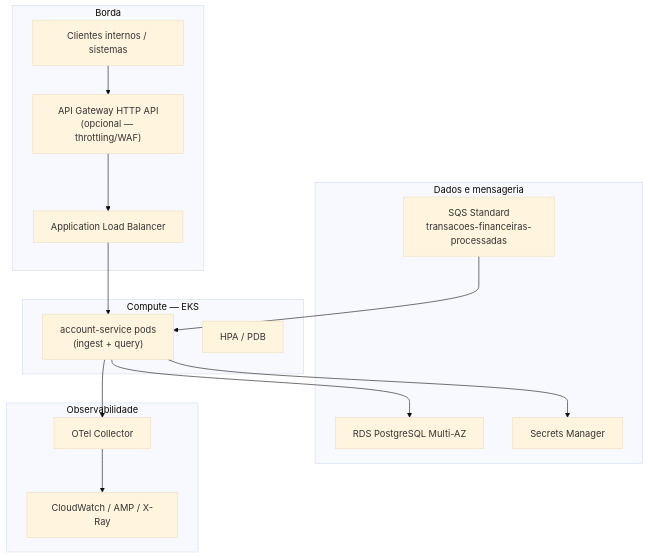
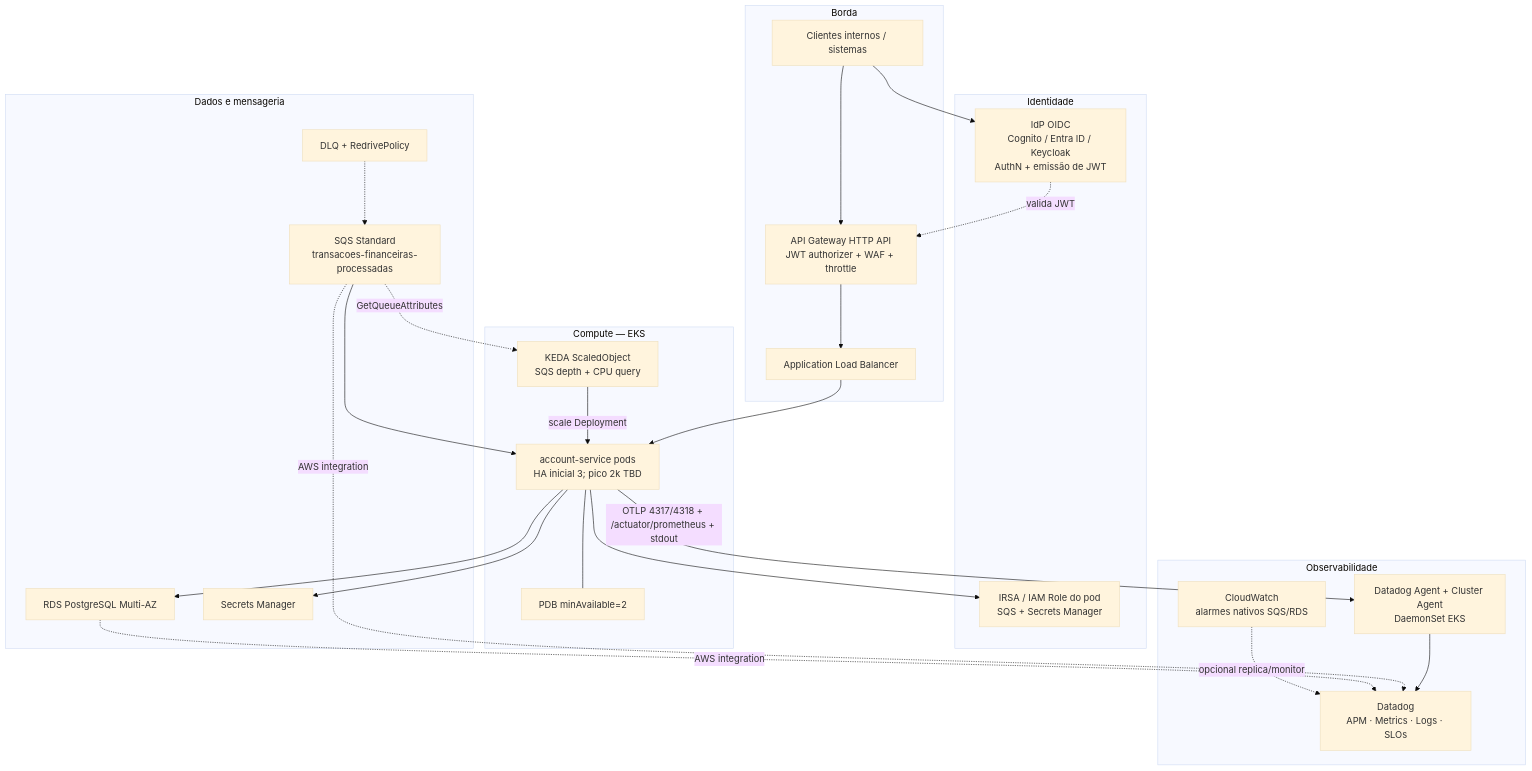
The first of 4 diagrams in docs/arquitetura-aws-e-pipeline.md (lordssa/banking-account-balance-service), drawn with Mermaid (base theme) before and after one commit. The commit also changed other lines of this file and 85 other files, not shown here.

````diff
--- a/docs/arquitetura-aws-e-pipeline.md
+++ b/docs/arquitetura-aws-e-pipeline.md
@@ -20,30 +21,50 @@
 ```mermaid
 flowchart TB
+  subgraph Identity["Identidade"]
+    IdP["IdP OIDC<br/>Cognito / Entra ID / Keycloak<br/>AuthN + emissão de JWT"]
+    IRSA["IRSA / IAM Role do pod<br/>SQS + Secrets Manager"]
+  end
+
   subgraph Edge["Borda"]
     Clients["Clientes internos / sistemas"]
-    APIGW["API Gateway HTTP API<br/>(opcional — throttling/WAF)"]
+    APIGW["API Gateway HTTP API<br/>JWT authorizer + WAF + throttle"]
     ALB["Application Load Balancer"]
   end
 
   subgraph Compute["Compute — EKS"]
-    Ing["account-service pods<br/>(ingest + query)"]
-    HPA["HPA / PDB"]
+    Ing["account-service pods<br/>HA inicial 3; pico 2k TBD"]
+    KEDA["KEDA ScaledObject<br/>SQS depth + CPU query"]
+    PDB["PDB minAvailable=2"]
   end
 
   subgraph Data["Dados e mensageria"]
     SQS["SQS Standard<br/>transacoes-financeiras-processadas"]
+    DLQ["DLQ + RedrivePolicy"]
     RDS["RDS PostgreSQL Multi-AZ"]
     SM["Secrets Manager"]
   end
 
   subgraph Obs["Observabilidade"]
-    Col["OTel Collector"]
-    CW["CloudWatch / AMP / X-Ray"]
+    Agent["Datadog Agent + Cluster Agent<br/>DaemonSet EKS"]
+    DD["Datadog<br/>APM · Metrics · Logs · SLOs"]
+    CW["CloudWatch<br/>alarmes nativos SQS/RDS"]
   end
 
-  Clients --> APIGW --> ALB --> Ing
+  Clients --> IdP
+  Clients --> APIGW
+  IdP -.->|valida JWT| APIGW
+  APIGW --> ALB --> Ing
   SQS --> Ing
+  SQS -.->|GetQueueAttributes| KEDA
+  KEDA -->|scale Deployment| Ing
+  DLQ -.-> SQS
   Ing --> RDS
   Ing --> SM
-  Ing --> Col --> CW
+  Ing --> IRSA
+  Ing -->|OTLP 4317/4318 + /actuator/prometheus + stdout| Agent
+  Agent --> DD
+  SQS -.->|AWS integration| DD
+  RDS -.->|AWS integration| DD
+  CW -.->|opcional replica/monitor| DD
+  Ing --- PDB
 ```
````
